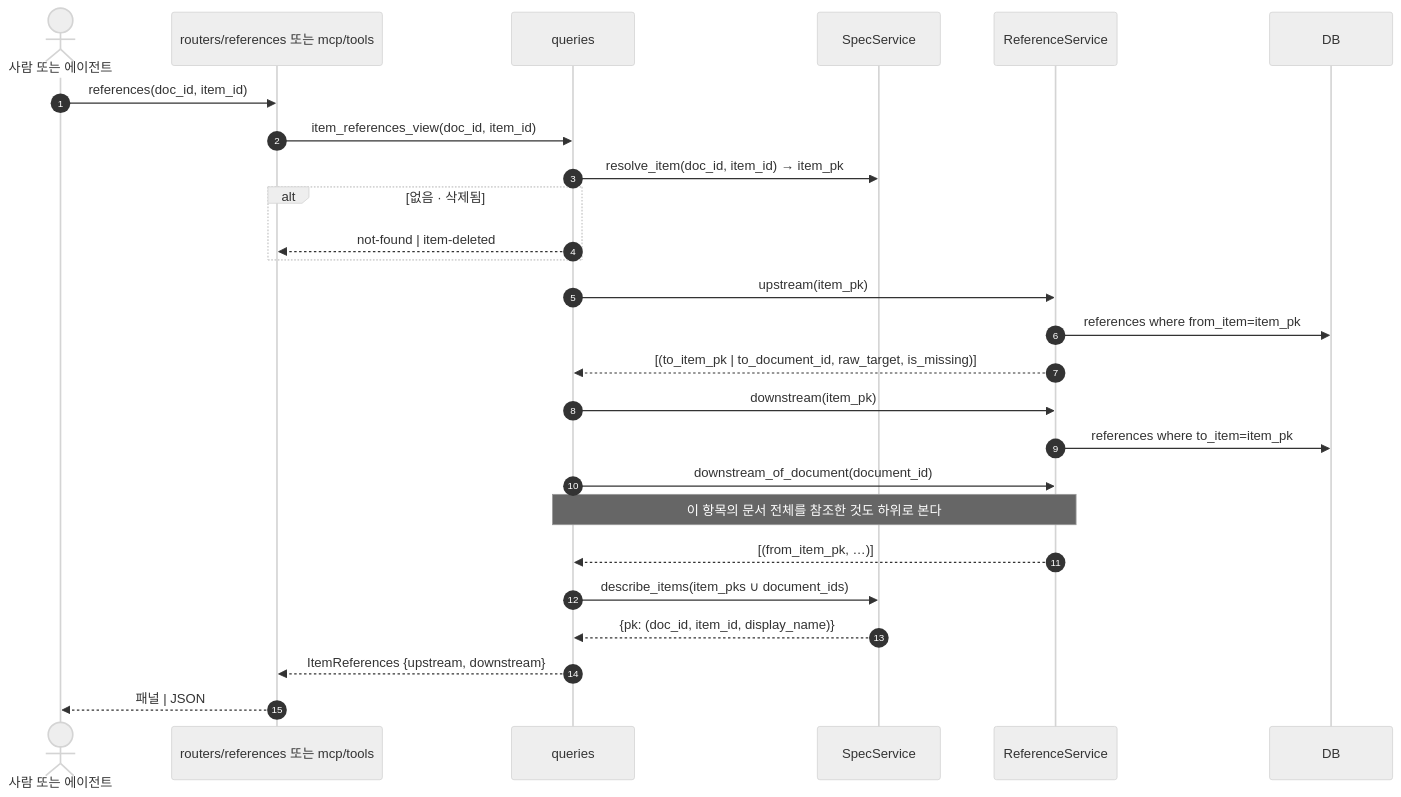
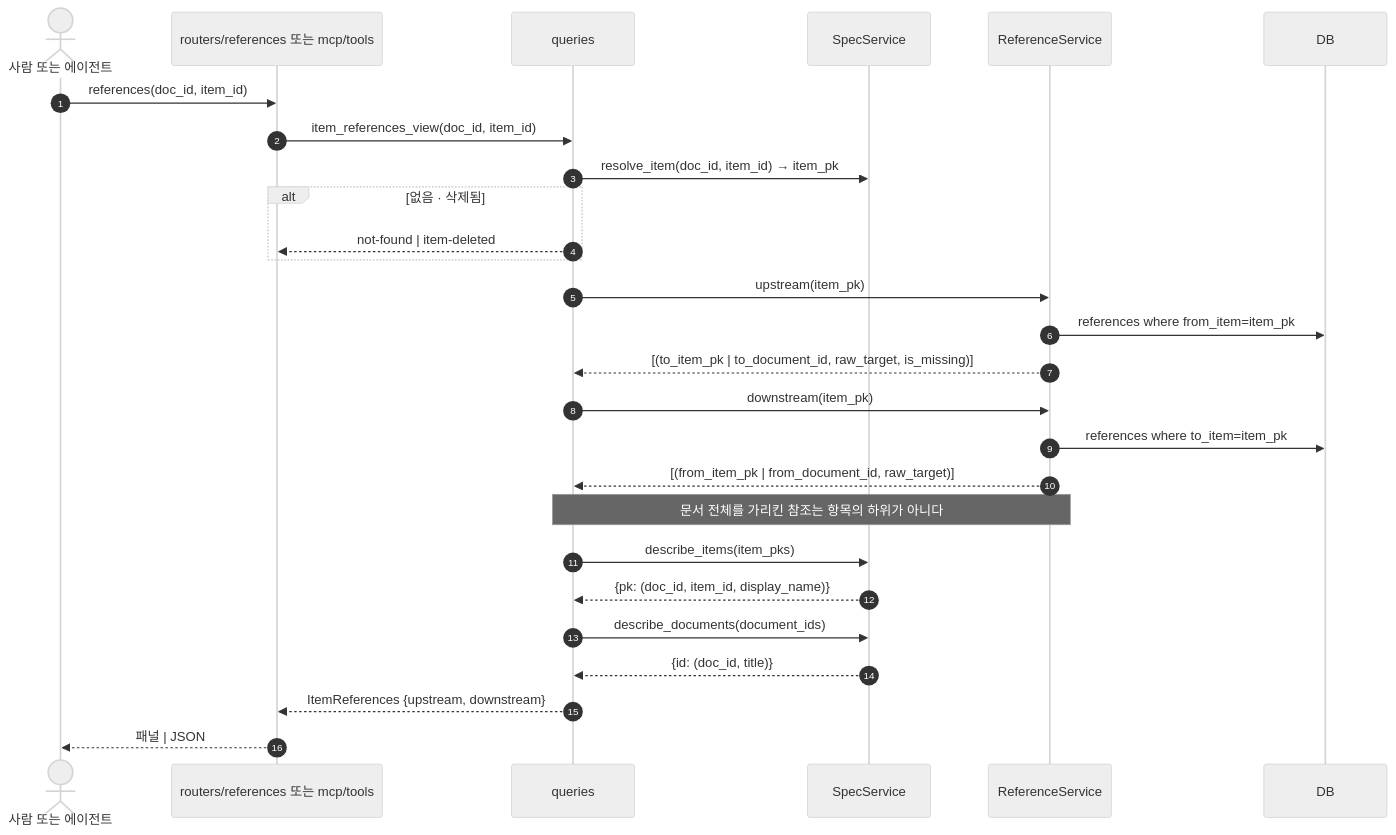
Diagram 11 of 23 in docs/specs/09-SEQ/SYNC-SEQ-001.md (HoyoungParkme/syncdoc), drawn with Mermaid (neutral theme) before and after one commit. The commit also changed other lines of this file, not shown here.

Commit message:
spec(SYNC-SEQ-001): SEQ-13 — 문서 전체 참조는 항목의 하위가 아니다, 항목 밖 출발은 문서 이름으로 (#160)

````diff
--- a/docs/specs/09-SEQ/SYNC-SEQ-001.md
+++ b/docs/specs/09-SEQ/SYNC-SEQ-001.md
@@ -594,29 +594,30 @@
 ```mermaid
 sequenceDiagram
     autonumber
     actor A as 사람 또는 에이전트
     participant B as routers/references 또는 mcp/tools
     participant Q as queries
     participant S as SpecService
     participant R as ReferenceService
     participant DB
 
     A->>B: references(doc_id, item_id)
     B->>Q: item_references_view(doc_id, item_id)
     Q->>S: resolve_item(doc_id, item_id) → item_pk
     alt 없음 · 삭제됨
         Q-->>B: not-found | item-deleted
     end
     Q->>R: upstream(item_pk)
     R->>DB: references where from_item=item_pk
     R-->>Q: [(to_item_pk | to_document_id, raw_target, is_missing)]
     Q->>R: downstream(item_pk)
     R->>DB: references where to_item=item_pk
-    Q->>R: downstream_of_document(document_id)
-    Note over Q,R: 이 항목의 문서 전체를 참조한 것도 하위로 본다
-    R-->>Q: [(from_item_pk, …)]
-    Q->>S: describe_items(item_pks ∪ document_ids)
+    R-->>Q: [(from_item_pk | from_document_id, raw_target)]
+    Note over Q,R: 문서 전체를 가리킨 참조는 항목의 하위가 아니다
+    Q->>S: describe_items(item_pks)
     S-->>Q: {pk: (doc_id, item_id, display_name)}
+    Q->>S: describe_documents(document_ids)
+    S-->>Q: {id: (doc_id, title)}
     Q-->>B: ItemReferences {upstream, downstream}
     B-->>A: 패널 | JSON
 ```
````
